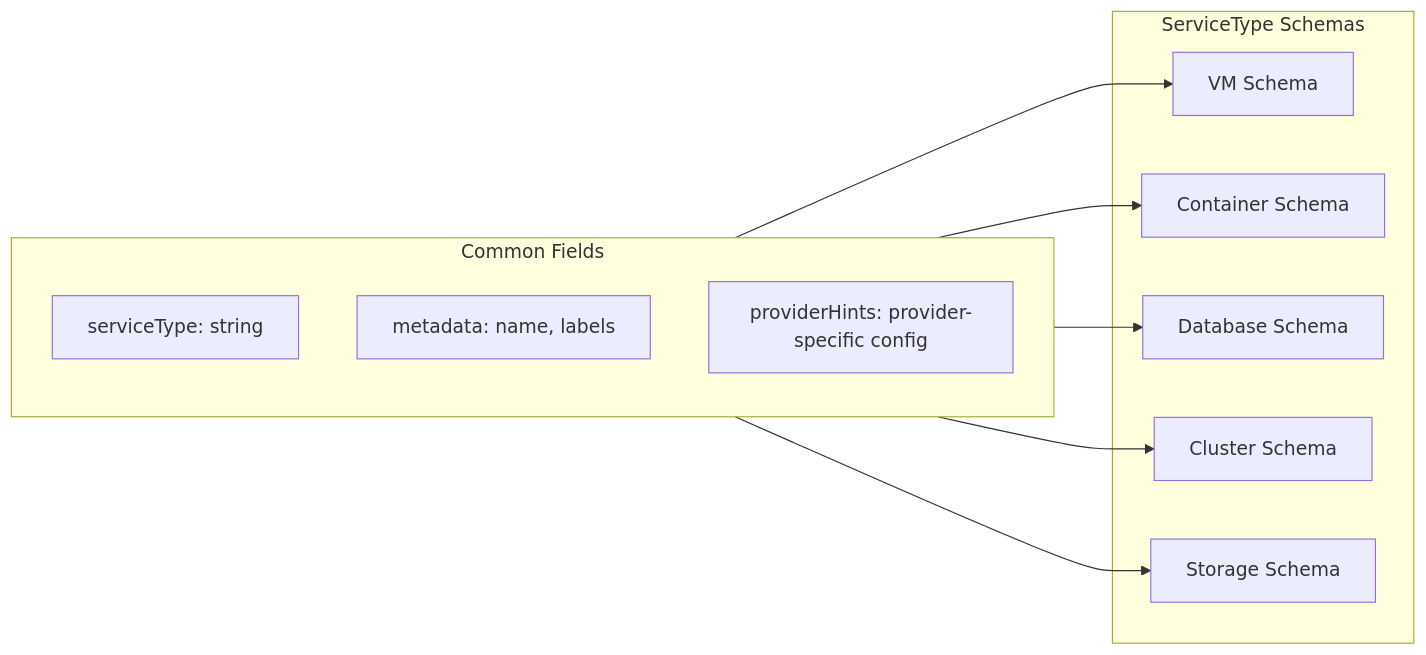
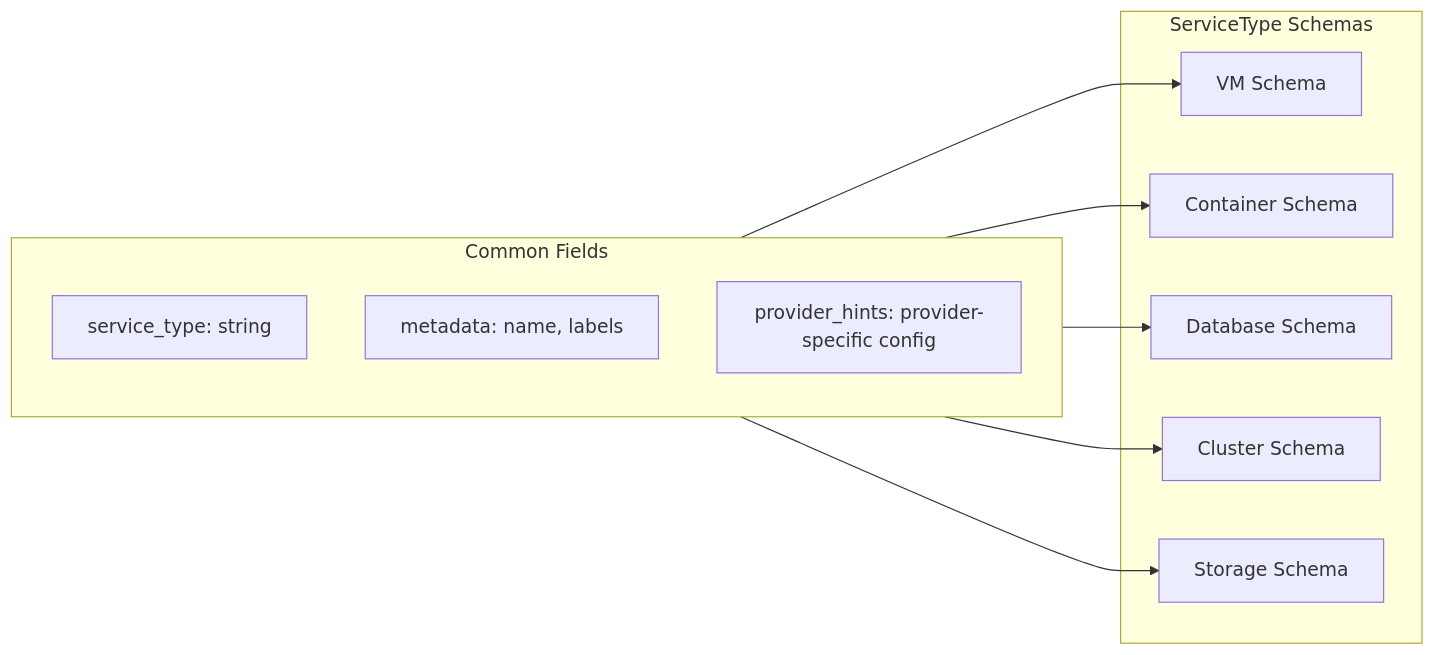
The fourth of 23 diagrams in enhancements/user-flows/user-flows.md (dcm-project/enhancements), drawn with Mermaid before and after one commit. The commit also changed other lines of this file and 19 other files, not shown here.

````diff
--- a/enhancements/user-flows/user-flows.md
+++ b/enhancements/user-flows/user-flows.md
@@ -329,22 +329,22 @@
 ```mermaid
 graph LR
     subgraph CommonFields[Common Fields]
-        ST[serviceType: string]
+        ST[service_type: string]
         MD[metadata: name, labels]
-        PH[providerHints: provider-specific config]
+        PH[provider_hints: provider-specific config]
     end
 
     subgraph ServiceTypeSchemas[ServiceType Schemas]
         VM[VM Schema]
         CT[Container Schema]
         DBS[Database Schema]
         CL[Cluster Schema]
         STG[Storage Schema]
     end
 
     CommonFields --> VM
     CommonFields --> CT
     CommonFields --> DBS
     CommonFields --> CL
     CommonFields --> STG
 ```
````
